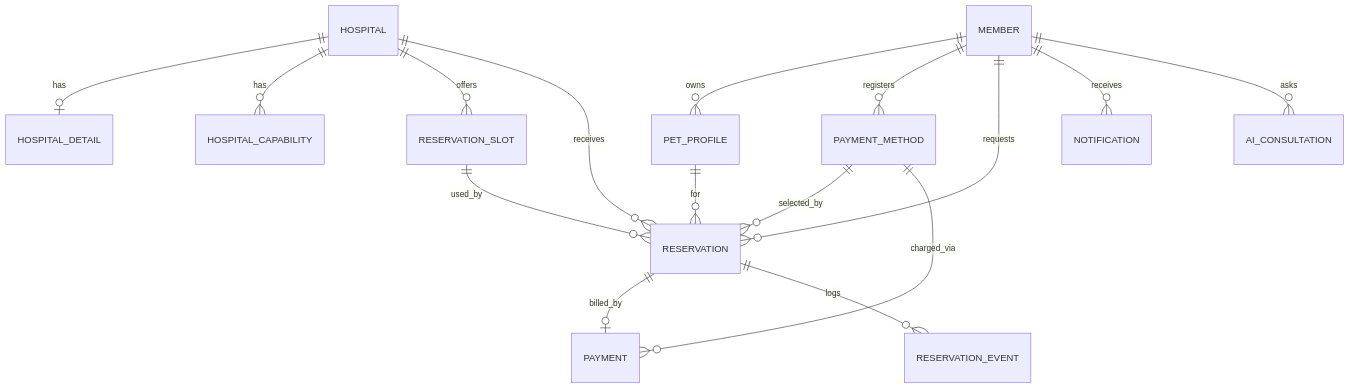
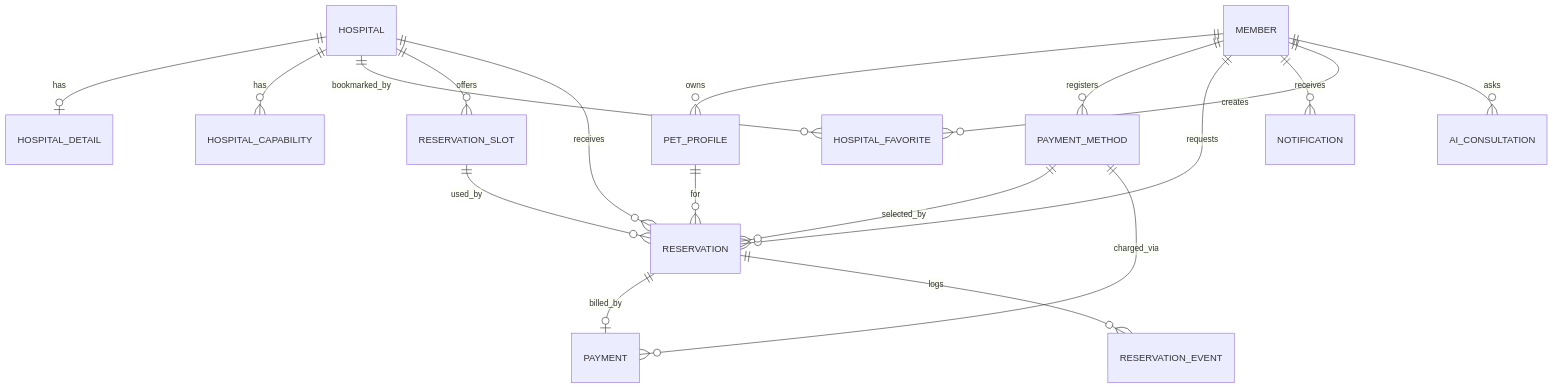
The first of 6 diagrams in docs/architecture/DoctorPet-SA.md (yyb0702-spec/DoctorPet), drawn with Mermaid before and after one commit. The commit also changed other lines of this file and 5 other files, not shown here.

````diff
--- a/docs/architecture/DoctorPet-SA.md
+++ b/docs/architecture/DoctorPet-SA.md
@@ -86,18 +86,20 @@
 ```mermaid
 erDiagram
     MEMBER ||--o{ PET_PROFILE : owns
     MEMBER ||--o{ PAYMENT_METHOD : registers
     MEMBER ||--o{ RESERVATION : requests
     MEMBER ||--o{ NOTIFICATION : receives
+    MEMBER ||--o{ HOSPITAL_FAVORITE : creates
     HOSPITAL ||--o| HOSPITAL_DETAIL : has
     HOSPITAL ||--o{ HOSPITAL_CAPABILITY : has
+    HOSPITAL ||--o{ HOSPITAL_FAVORITE : bookmarked_by
     HOSPITAL ||--o{ RESERVATION_SLOT : offers
     HOSPITAL ||--o{ RESERVATION : receives
     RESERVATION_SLOT ||--o{ RESERVATION : used_by
     PET_PROFILE ||--o{ RESERVATION : for
     PAYMENT_METHOD ||--o{ RESERVATION : selected_by
     RESERVATION ||--o| PAYMENT : billed_by
     PAYMENT_METHOD ||--o{ PAYMENT : charged_via
     RESERVATION ||--o{ RESERVATION_EVENT : logs
     MEMBER ||--o{ AI_CONSULTATION : asks
 ```
````
